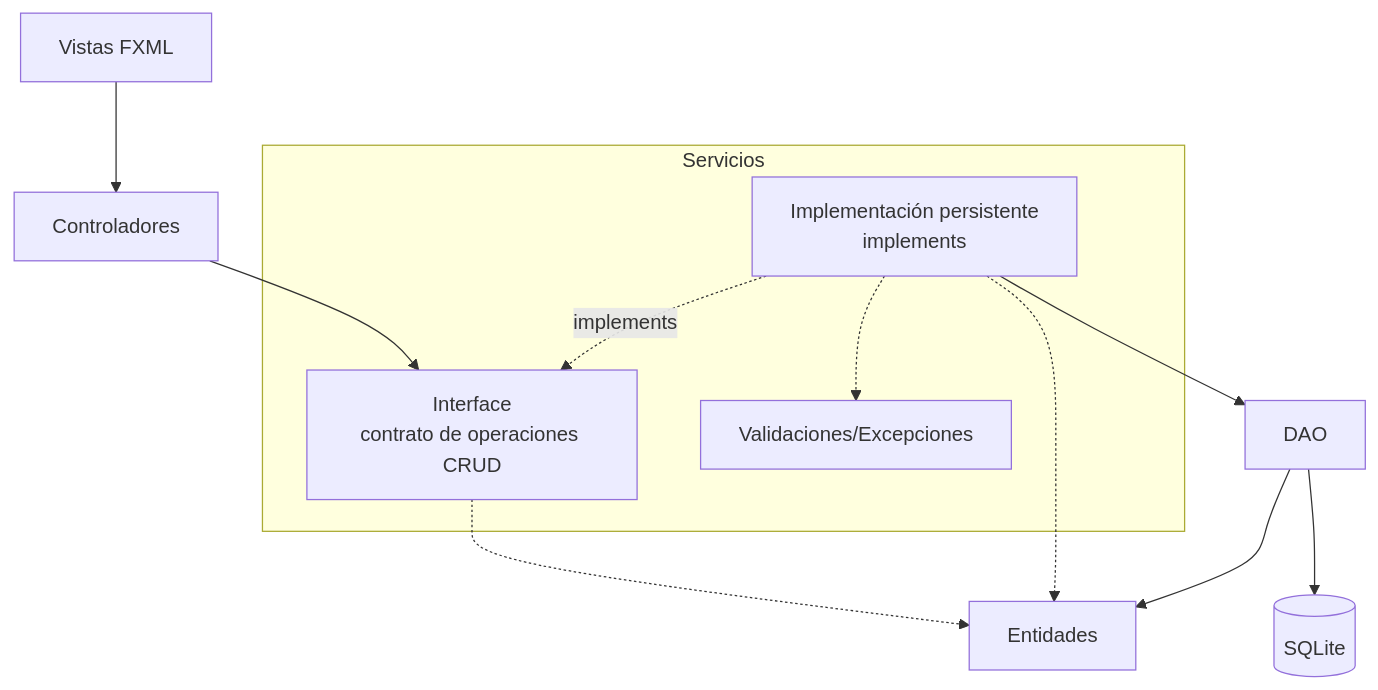
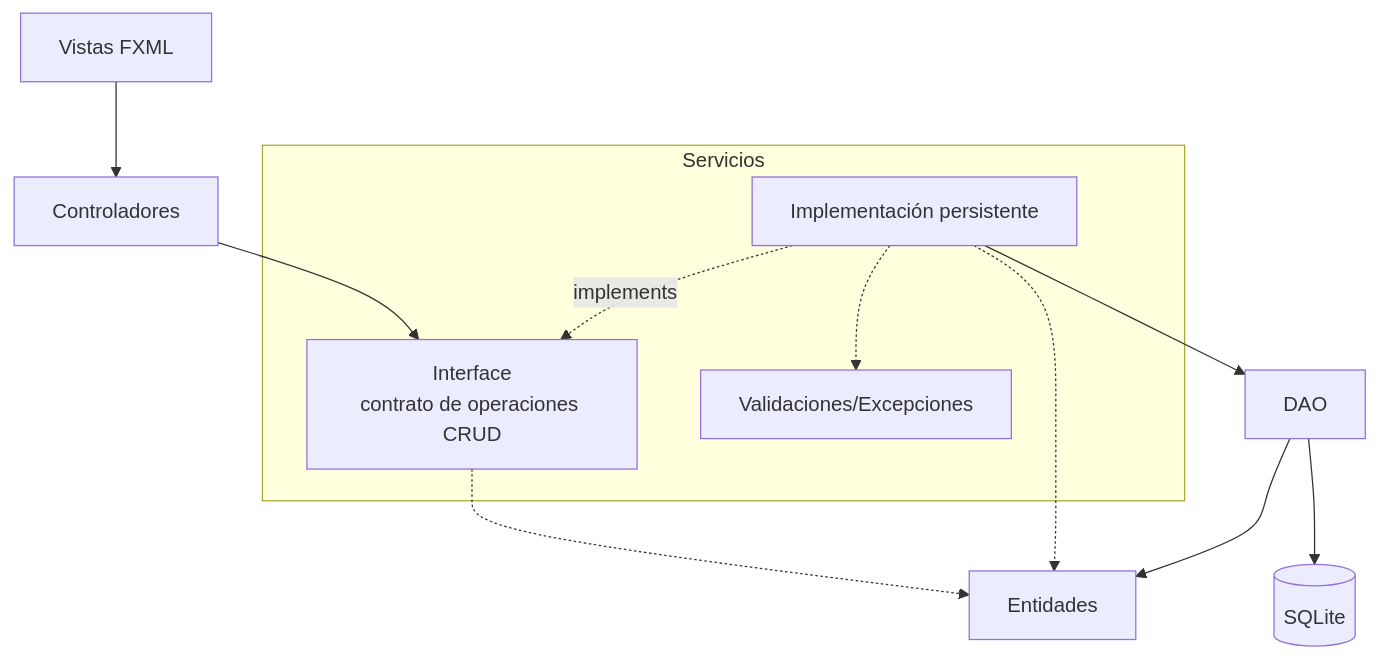
One commit to 262poo/comarket changed the diagram in docs/S13_Proyecto_Integrador_Ensamblaje.md. Above: the diagram before and after it, drawn with Mermaid. The commit also changed 9 other files, not shown here.

````diff
--- a/docs/S13_Proyecto_Integrador_Ensamblaje.md
+++ b/docs/S13_Proyecto_Integrador_Ensamblaje.md
@@ -50,24 +50,24 @@
 ```mermaid
 flowchart TB
     Vista["Vistas FXML"]
     Controladores["Controladores"]
     subgraph Servicios["Servicios"]
         Contrato["Interface<br/>contrato de operaciones CRUD"]
-        Implementacion["Implementación persistente<br/>implements"]
+        Implementacion["Implementación persistente"]
         Validaciones["Validaciones/Excepciones"]
     end
 
     Entidades["Entidades"]
     DAO["DAO"]
     SQLite[("SQLite")]
 
     Vista --> Controladores
     Controladores --> Contrato
     Implementacion -. implements .-> Contrato
     Contrato -.-> Entidades
     Implementacion -.-> Entidades
     Implementacion -.-> Validaciones
     Implementacion --> DAO
     DAO --> Entidades
     DAO --> SQLite
 ```
````
